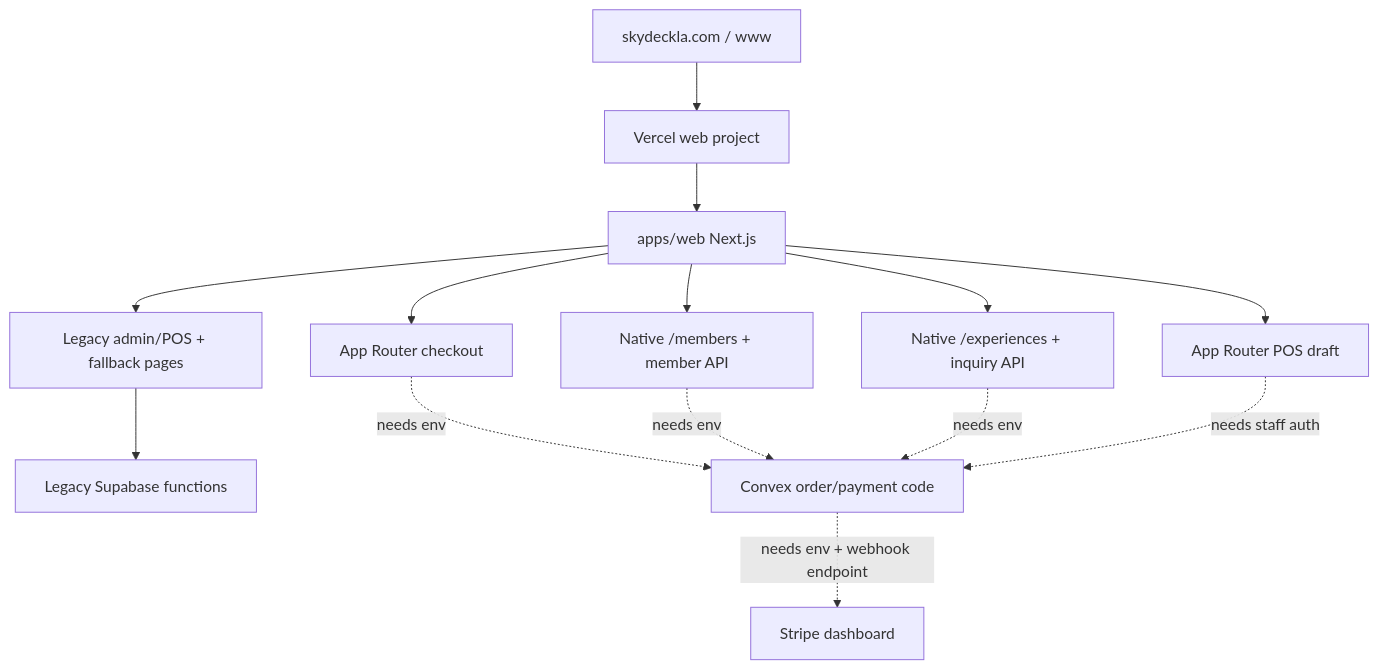
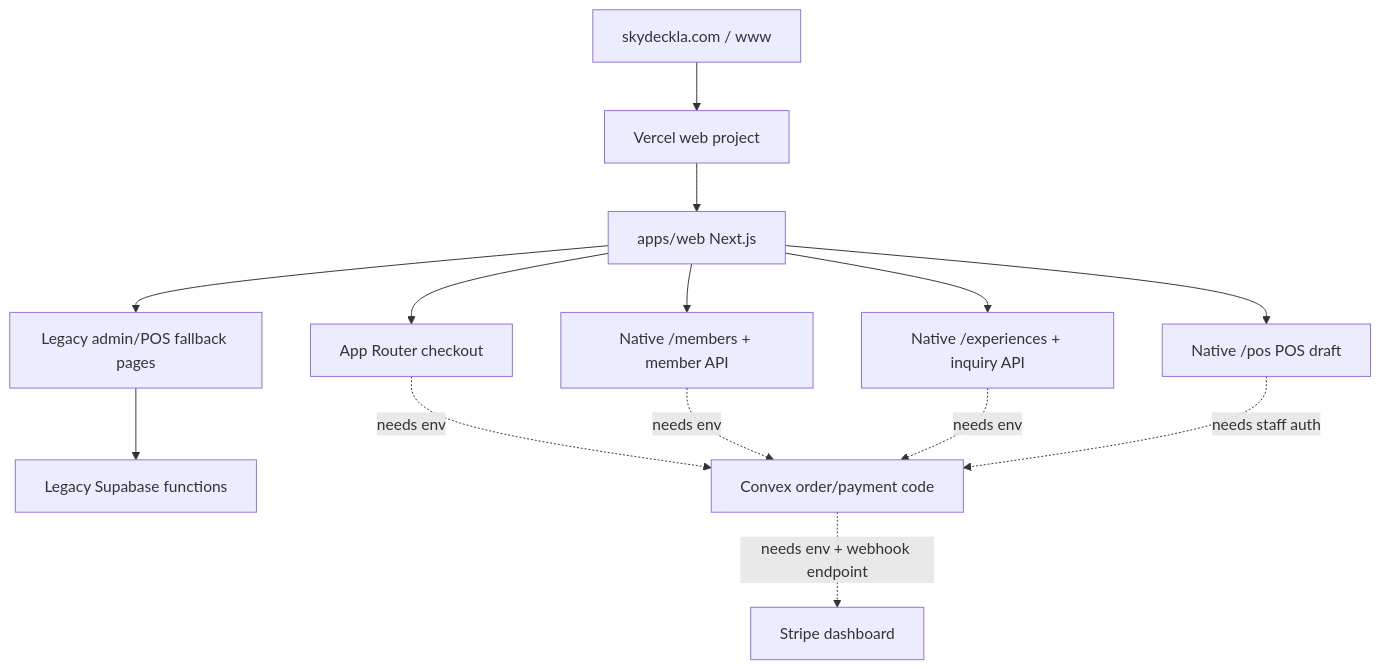
One commit to junyengit/skyla changed the diagram in docs/runbooks/production-readiness-checklist.md. Above: the diagram before and after it, drawn with Mermaid. The commit also changed other lines of this file and 33 other files, not shown here.

Commit message:
Cut over POS route to native shell

````diff
--- a/docs/runbooks/production-readiness-checklist.md
+++ b/docs/runbooks/production-readiness-checklist.md
@@ -130,25 +134,25 @@
 ```mermaid
 flowchart TD
   domain["skydeckla.com / www"]
   vercel["Vercel web project"]
   next["apps/web Next.js"]
   checkout["App Router checkout"]
   members["Native /members + member API"]
   experiences["Native /experiences + inquiry API"]
-  posNext["App Router POS draft"]
-  legacy["Legacy admin/POS + fallback pages"]
+  pos["Native /pos POS draft"]
+  legacy["Legacy admin/POS fallback pages"]
   supabase["Legacy Supabase functions"]
   convex["Convex order/payment code"]
   stripe["Stripe dashboard"]
 
   domain --> vercel --> next --> checkout
   next --> members
   next --> experiences
-  next --> posNext
+  next --> pos
   next --> legacy --> supabase
   checkout -. "needs env" .-> convex
   members -. "needs env" .-> convex
   experiences -. "needs env" .-> convex
-  posNext -. "needs staff auth" .-> convex
+  pos -. "needs staff auth" .-> convex
   convex -. "needs env + webhook endpoint" .-> stripe
 ```
````
